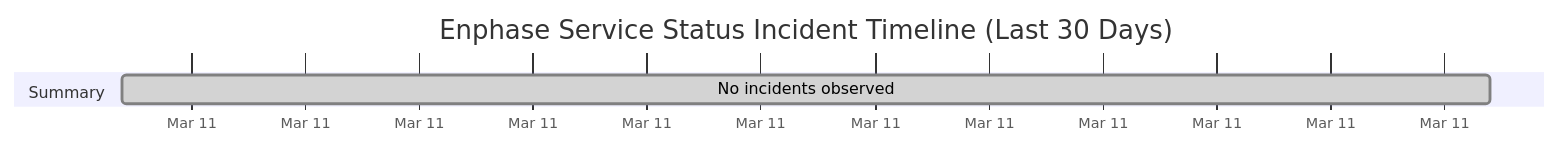
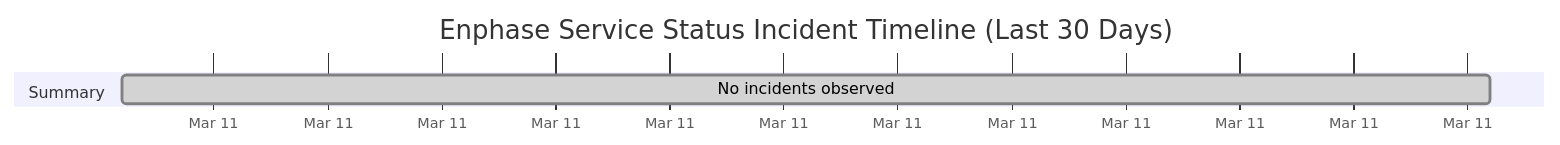
Before and after one commit to barneyonline/ha-enphase-ev-charger: the diagram in wiki/Service-Status-History.md, drawn with Mermaid. The commit also changed other lines of this file and 3 other files, not shown here.

````diff
--- a/wiki/Service-Status-History.md
+++ b/wiki/Service-Status-History.md
@@ -14,8 +14,8 @@
 ```mermaid
 gantt
     title Enphase Service Status Incident Timeline (Last 30 Days)
     dateFormat  YYYY-MM-DDTHH:mm:ss
     axisFormat  %b %d
     section Summary
-    No incidents observed :done, 2026-03-11T13:59:12, 1m
+    No incidents observed :done, 2026-03-11T14:49:46, 1m
 ```
````
